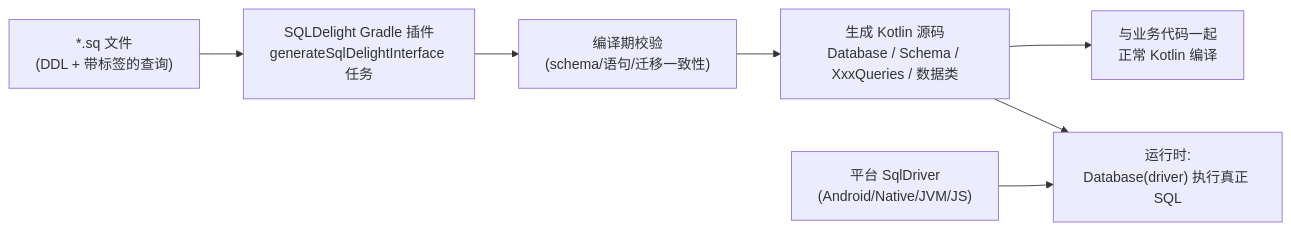
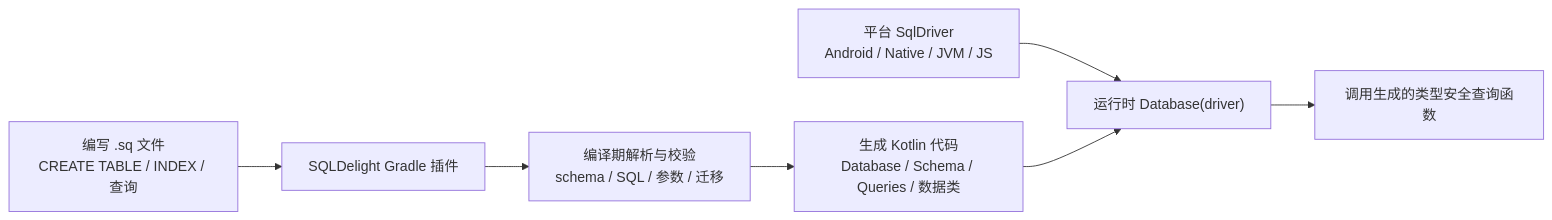
The diagram in 笔记/SQLDelight-学习笔记.md (NiuSX/minmistake-blog), drawn with Mermaid before and after one commit. The commit also changed other lines of this file and 4 other files, not shown here.

````diff
--- a/笔记/SQLDelight-学习笔记.md
+++ b/笔记/SQLDelight-学习笔记.md
@@ -57,9 +72,9 @@
 ```mermaid
 flowchart LR
-  SQ["*.sq 文件<br/>(DDL + 带标签的查询)"] --> Plugin["SQLDelight Gradle 插件<br/>generateSqlDelightInterface 任务"]
-  Plugin --> Verify["编译期校验<br/>(schema/语句/迁移一致性)"]
-  Verify --> Gen["生成 Kotlin 源码<br/>Database / Schema / XxxQueries / 数据类"]
-  Gen --> Compile["与业务代码一起<br/>正常 Kotlin 编译"]
-  Driver["平台 SqlDriver<br/>(Android/Native/JVM/JS)"] --> Runtime["运行时:<br/>Database(driver) 执行真正 SQL"]
-  Gen --> Runtime
+  A["编写 .sq 文件<br/>CREATE TABLE / INDEX / 查询"] --> B["SQLDelight Gradle 插件"]
+  B --> C["编译期解析与校验<br/>schema / SQL / 参数 / 迁移"]
+  C --> D["生成 Kotlin 代码<br/>Database / Schema / Queries / 数据类"]
+  E["平台 SqlDriver<br/>Android / Native / JVM / JS"] --> F["运行时 Database(driver)"]
+  D --> F
+  F --> G["调用生成的类型安全查询函数"]
 ```
````
